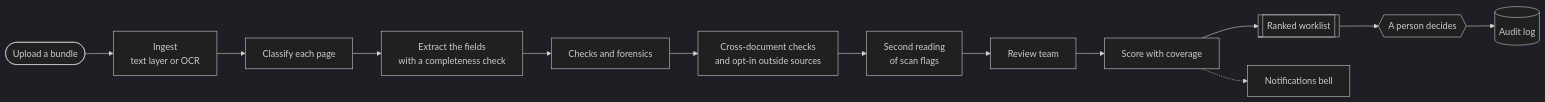
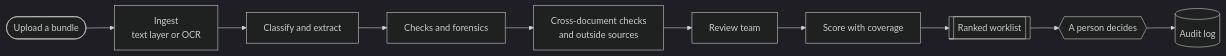
One commit to yekaiwu/fraud-desk changed the diagram in README.md. Above: the diagram before and after it, drawn with Mermaid (dark theme). The commit also changed other lines of this file, not shown here.

Commit message:
README: shorter feature list and sections, check count corrected to 69 rule-based plus 5 model-based

````diff
--- a/README.md
+++ b/README.md
@@ -87,15 +71,12 @@
 ```mermaid
 flowchart LR
   A([Upload a bundle]) --> B[Ingest<br/>text layer or OCR]
-  B --> C[Classify each page]
-  C --> D[Extract the fields<br/>with a completeness check]
-  D --> E[Checks and forensics]
-  E --> F[Cross-document checks<br/>and opt-in outside sources]
-  F --> K[Second reading<br/>of scan flags]
-  K --> R[Review team]
+  B --> C[Classify and extract]
+  C --> E[Checks and forensics]
+  E --> F[Cross-document checks<br/>and outside sources]
+  F --> R[Review team]
   R --> G[Score with coverage]
   G --> H[[Ranked worklist]]
   H --> I{{A person decides}}
   I --> J[(Audit log)]
-  G -.-> N[Notifications bell]
 ```
````
